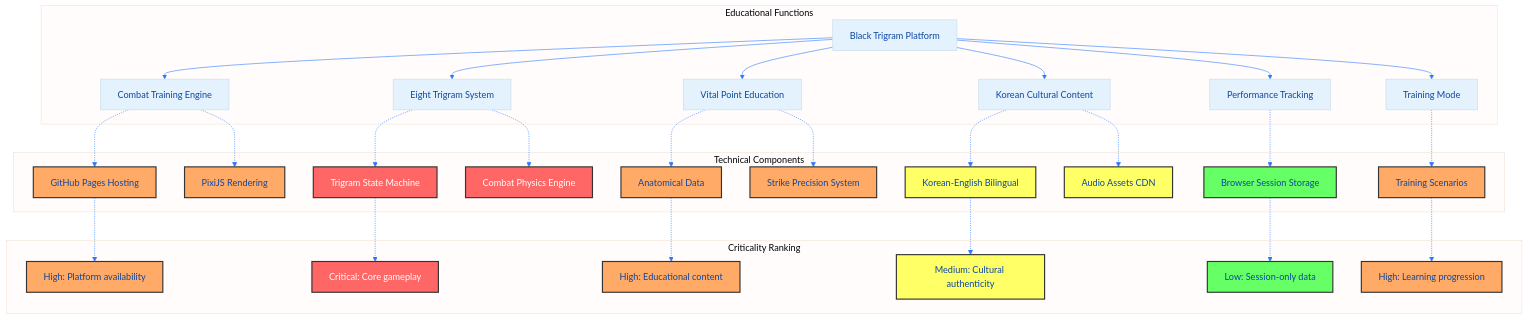
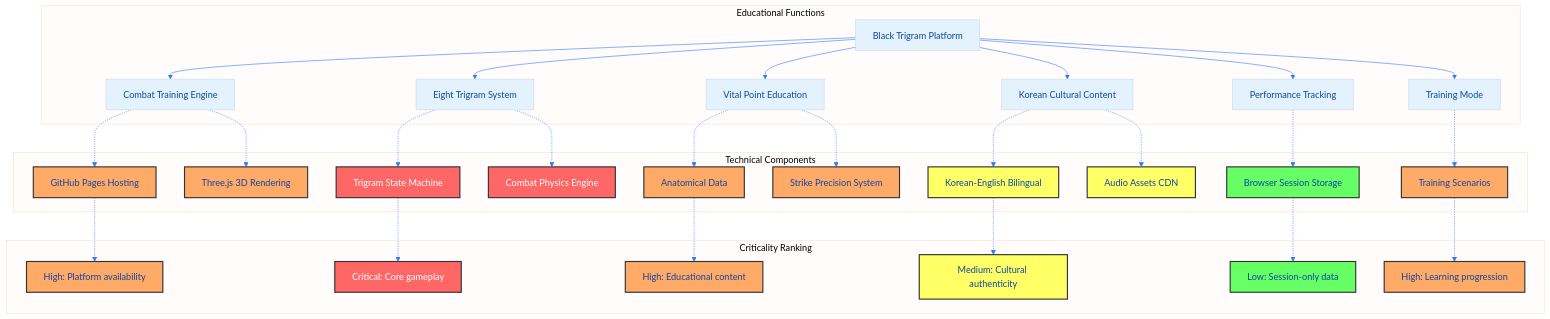
One commit to Hack23/blacktrigram changed the second of 6 diagrams in BCPPlan.md. Above: the diagram before and after it, drawn with Mermaid. The commit also changed other lines of this file and 7 other files, not shown here.

Commit message:
docs: Remove outdated PixiJS/2D references, update to Three.js 3D

````diff
--- a/BCPPlan.md
+++ b/BCPPlan.md
@@ -131,53 +131,53 @@
 ```mermaid
 %%{
   init: {
     'theme': 'base',
     'themeVariables': {
       'primaryColor': '#e3f2fd',
       'primaryTextColor': '#0d47a1',
       'lineColor': '#2979FF'
     }
   }
 }%%
 graph TB
     subgraph "Educational Functions"
         A[Black Trigram Platform] --> B[Combat Training Engine]
         A --> C[Eight Trigram System]
         A --> D[Vital Point Education]
         A --> E[Korean Cultural Content]
         A --> F[Performance Tracking]
         A --> G[Training Mode]
     end
 
     subgraph "Technical Components"
         B -.-> B1[GitHub Pages Hosting]
-        B -.-> B2[PixiJS Rendering]
+        B -.-> B2[Three.js 3D Rendering]
         C -.-> C1[Trigram State Machine]
         C -.-> C2[Combat Physics Engine]
         D -.-> D1[Anatomical Data]
         D -.-> D2[Strike Precision System]
         E -.-> E1[Korean-English Bilingual]
         E -.-> E2[Audio Assets CDN]
         F -.-> F1[Browser Session Storage]
         G -.-> G1[Training Scenarios]
     end
 
     subgraph "Criticality Ranking"
         B1 -.-> CR1[High: Platform availability]
         C1 -.-> CR2[Critical: Core gameplay]
         D1 -.-> CR3[High: Educational content]
         E1 -.-> CR4[Medium: Cultural authenticity]
         F1 -.-> CR5[Low: Session-only data]
         G1 -.-> CR6[High: Learning progression]
     end
 
     classDef critical fill:#ff6666,stroke:#333,stroke-width:2px,color:white;
     classDef high fill:#ffaa66,stroke:#333,stroke-width:2px;
     classDef medium fill:#ffff66,stroke:#333,stroke-width:2px;
     classDef low fill:#66ff66,stroke:#333,stroke-width:2px;
 
     class C1,C2,CR2 critical;
     class B1,B2,D1,D2,G1,CR1,CR3,CR6 high;
     class E1,E2,CR4 medium;
     class F1,CR5 low;
 ```
````
